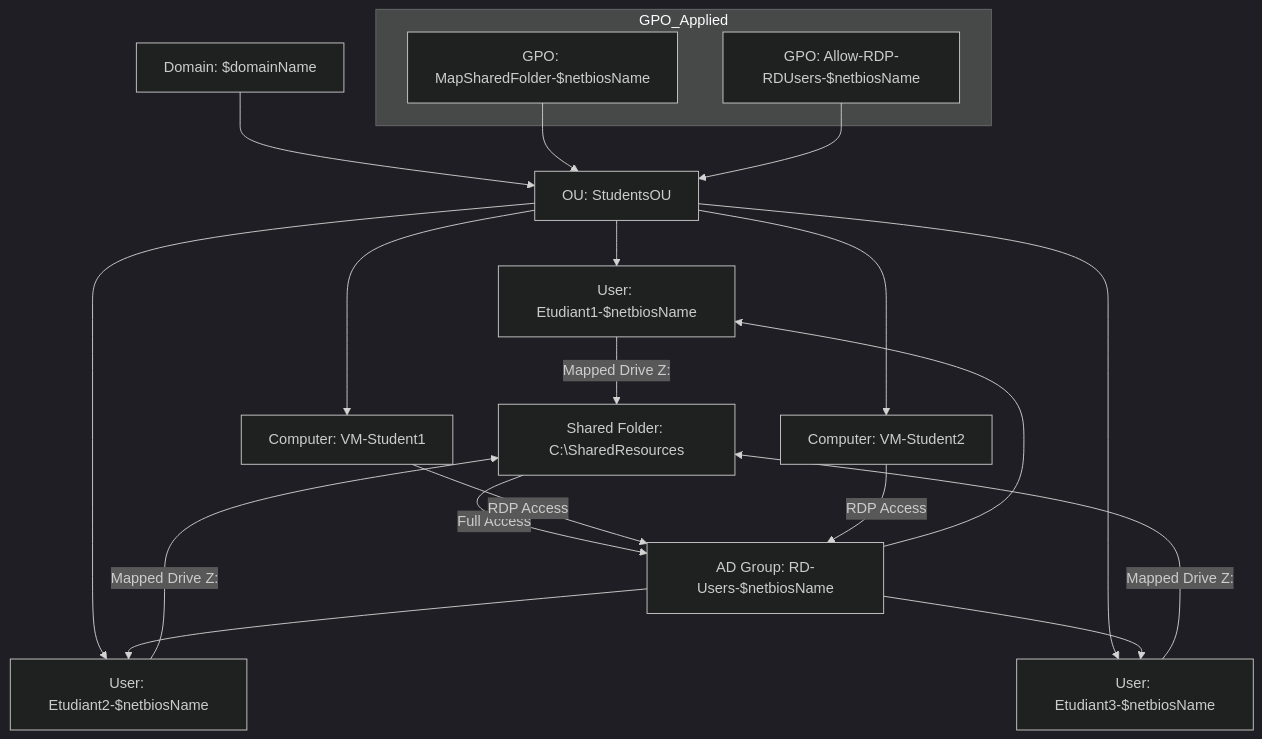
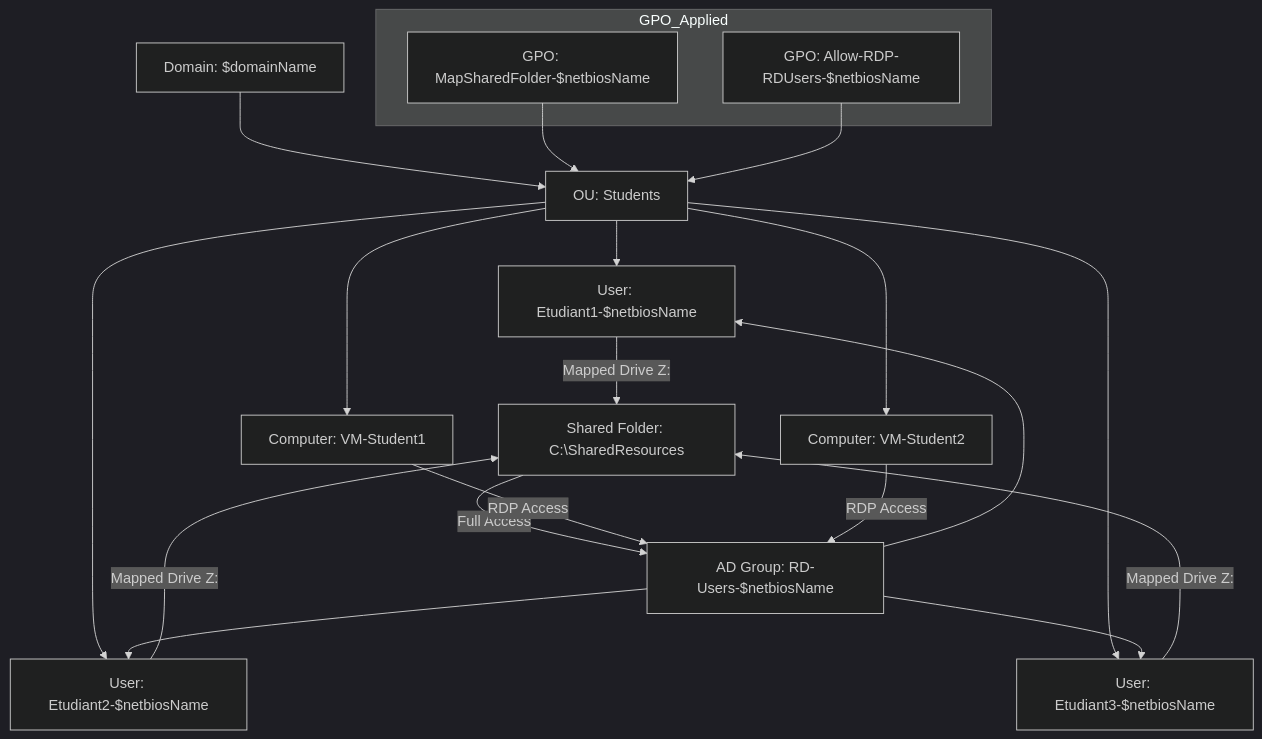
Before and after one commit to CollegeBoreal/INF1084-202-25A-03: the second of 2 diagrams in 6.Objects/README.md, drawn with Mermaid (dark theme).

````diff
--- a/6.Objects/README.md
+++ b/6.Objects/README.md
@@ -141,40 +141,40 @@
 ```mermaid
 graph TD
     %% Domaine
-    A[Domain: $domainName] --> B[OU: StudentsOU]
+    A[Domain: $domainName] --> B[OU: Students]
 
     %% Utilisateurs et ordinateurs
     B --> C[User: Etudiant1-$netbiosName]
     B --> D[User: Etudiant2-$netbiosName]
     B --> E[User: Etudiant3-$netbiosName]
     B --> F[Computer: VM-Student1]
     B --> G[Computer: VM-Student2]
 
     %% Groupe AD
     H[AD Group: RD-Users-$netbiosName] --> C
     H --> D
     H --> E
 
     %% Dossier partagé
     I[Shared Folder: C:\SharedResources] -->|Full Access| H
 
     %% GPOs
     J[GPO: MapSharedFolder-$netbiosName] --> B
     K[GPO: Allow-RDP-RDUsers-$netbiosName] --> B
 
     %% Effets des GPO
     C -->|Mapped Drive Z:| I
     D -->|Mapped Drive Z:| I
     E -->|Mapped Drive Z:| I
     F -->|RDP Access| H
     G -->|RDP Access| H
 
     %% Légende GPO
     subgraph GPO_Applied
         J
         K
     end
 
     click J "https://learn.microsoft.com/en-us/windows-server/identity/group-policy/group-policy-overview" "GPO Documentation"
     click K "https://learn.microsoft.com/en-us/windows-server/remote/remote-desktop-services/welcome" "RDP Documentation"
 ```
````
